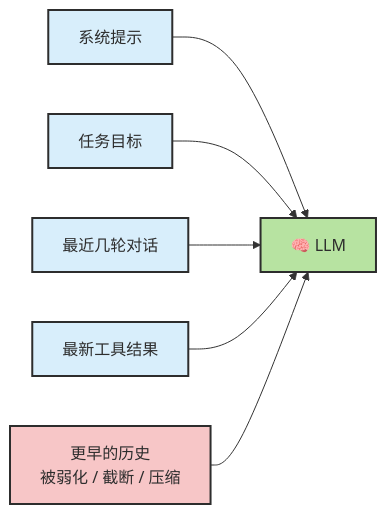
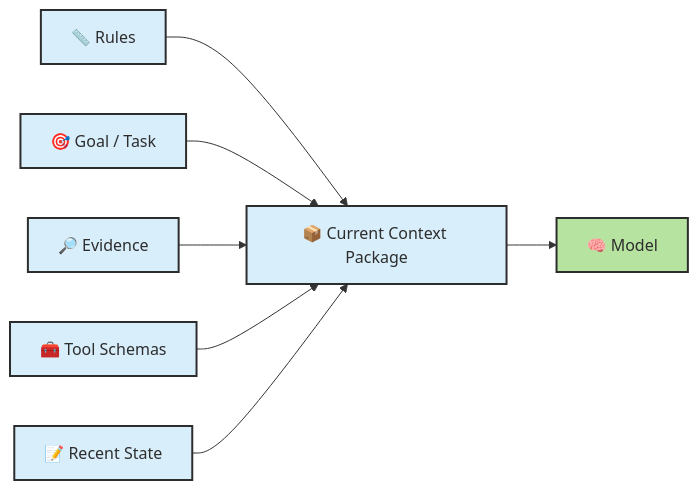
Before and after one commit to zht043/AgenticCodingTutorial: diagram 15 of 19 in docs/chapters/ch02-concepts.md, drawn with Mermaid. The commit also changed other lines of this file, not shown here.

````diff
--- a/docs/chapters/ch02-concepts.md
+++ b/docs/chapters/ch02-concepts.md
@@ -1337,12 +695,12 @@
 ```mermaid
 flowchart LR
     classDef ctx fill:#d8eefb,stroke:#2d2d2d,stroke-width:2px,color:#2d2d2d
-    classDef weak fill:#f7c6c7,stroke:#2d2d2d,stroke-width:2px,color:#2d2d2d
     classDef llm fill:#b7e3a1,stroke:#2d2d2d,stroke-width:2px,color:#2d2d2d
 
-    A["系统提示"]:::ctx --> L["🧠 LLM"]:::llm
-    B["任务目标"]:::ctx --> L
-    C["最近几轮对话"]:::ctx --> L
-    D["最新工具结果"]:::ctx --> L
-    E["更早的历史<br/>被弱化 / 截断 / 压缩"]:::weak --> L
+    R["📏 Rules"]:::ctx --> C["📦 Current Context Package"]:::ctx
+    G["🎯 Goal / Task"]:::ctx --> C
+    E["🔎 Evidence"]:::ctx --> C
+    T["🧰 Tool Schemas"]:::ctx --> C
+    H["📝 Recent State"]:::ctx --> C
+    C --> M["🧠 Model"]:::llm
 ```
````
